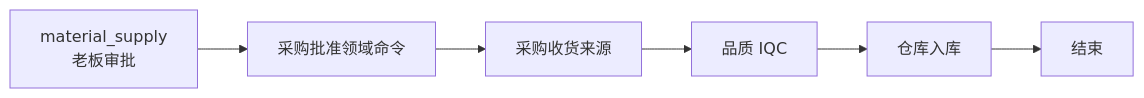
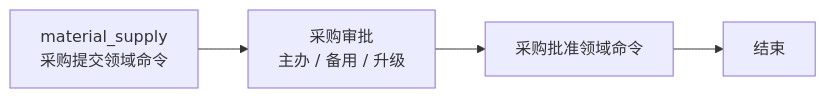
Diagram 16 of 17 in docs/customers/yoyoosun/角色能力与流程矩阵.md (saurick/plush-toy-erp), drawn with Mermaid before and after one commit. The commit also changed other lines of this file and 107 other files, not shown here.

````diff
--- a/docs/customers/yoyoosun/角色能力与流程矩阵.md
+++ b/docs/customers/yoyoosun/角色能力与流程矩阵.md
@@ -822,4 +818,4 @@
 ```mermaid
 flowchart LR
-  m0["material_supply<br/>老板审批"] --> m1["采购批准领域命令"] --> m2["采购收货来源"] --> m3["品质 IQC"] --> m4["仓库入库"] --> m5["结束"]
+  m0["material_supply<br/>采购提交领域命令"] --> m1["采购审批<br/>主办 / 备用 / 升级"] --> m2["采购批准领域命令"] --> m3["结束"]
 ```
````
